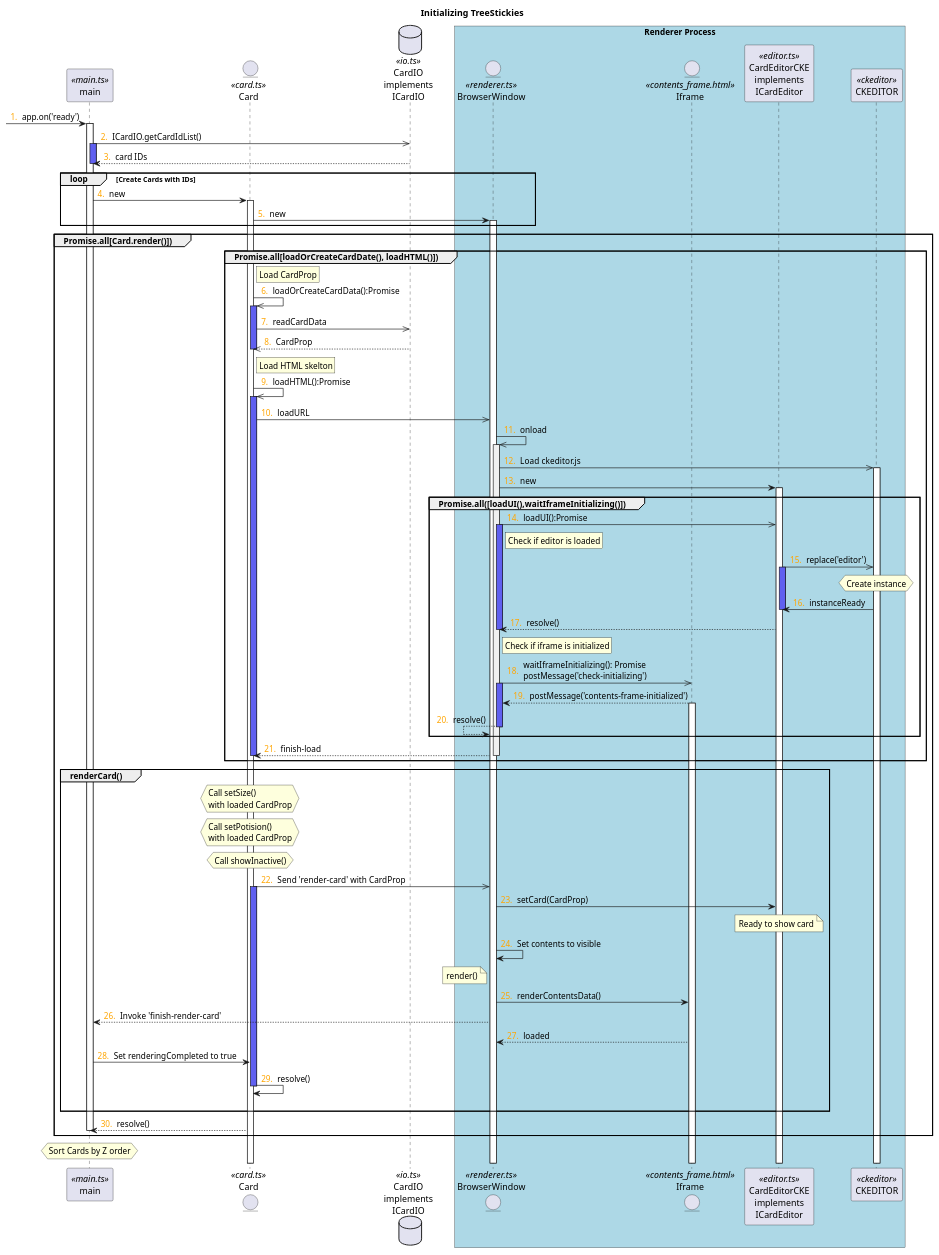
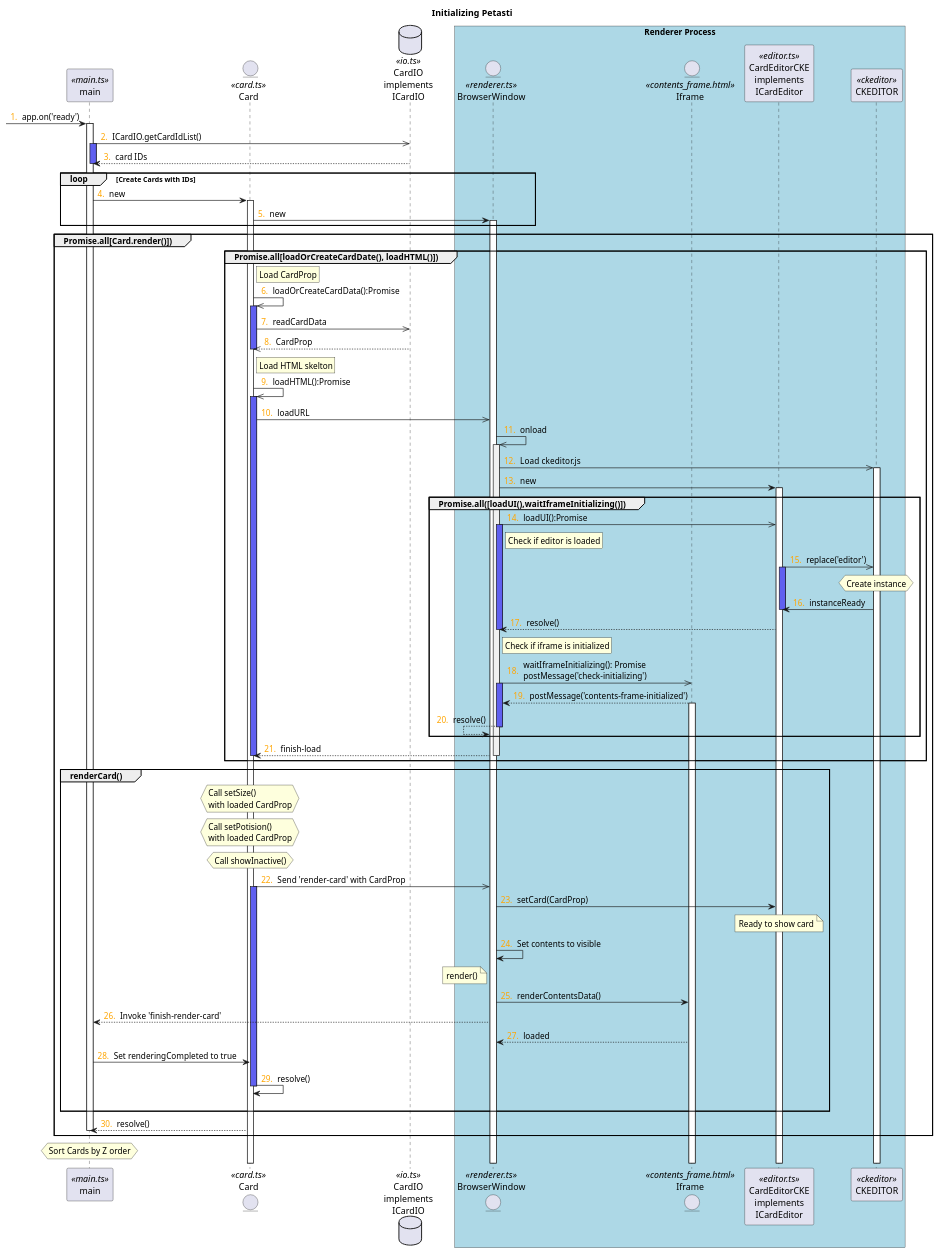
The diagram in doc/initializing.puml (sosuisen/petasti), drawn with PlantUML before and after one commit. The commit also changed 67 other files, not shown here.

Commit message:
fix: rename from tree-stickies to petasti

```diff
--- a/doc/initializing.puml
+++ b/doc/initializing.puml
@@ -2,103 +2,103 @@
 @startuml
-title Initializing TreeStickies
+title Initializing Petasti
 
 autonumber "<font color=orange>0. "
 participant main <<main.ts>> order 10
 entity Card <<card.ts>> order 20
 database ICardIO as "CardIO\nimplements\nICardIO" <<io.ts>> order 50
 box "Renderer Process" #LightBlue
   entity BrowserWindow <<renderer.ts>> order 100
   entity Iframe <<contents_frame.html>> order 101
   participant ICardEditor as "CardEditorCKE\nimplements\nICardEditor" <<editor.ts>> order 111
   participant CKEDITOR <<ckeditor>> order 112
 end box 
 
 [-> main: app.on('ready')
 activate main
 
 main ->>ICardIO: ICardIO.getCardIdList()
 activate main #6060f0
 main <-- ICardIO: card IDs
 deactivate main
 loop Create Cards with IDs
   main -> Card: new
   activate Card
   Card -> BrowserWindow: new
   activate BrowserWindow
 end
 
 group Promise.all[Card.render()])
   group Promise.all[loadOrCreateCardDate(), loadHTML()])
     activate main #6060f0  
     rnote Right Card: Load CardProp        
     Card ->> Card: loadOrCreateCardData():Promise
     activate Card  #6060f0
     Card ->> ICardIO: readCardData
     Card <<-- ICardIO: CardProp
 
     deactivate Card
 
     rnote Right Card: Load HTML skelton
     Card ->> Card: loadHTML():Promise
     activate Card  #6060f0
     Card ->> BrowserWindow: loadURL
 
 
     BrowserWindow ->> BrowserWindow: onload
       activate BrowserWindow #f0f0f0
       BrowserWindow ->> CKEDITOR: Load ckeditor.js
       activate CKEDITOR
       BrowserWindow -> ICardEditor: new
       activate ICardEditor
 
       group Promise.all([loadUI(),waitIframeInitializing()])    
         BrowserWindow ->> ICardEditor: loadUI():Promise
           rnote Right BrowserWindow: Check if editor is loaded
           activate BrowserWindow #6060f0
           ICardEditor ->> CKEDITOR: replace('editor')
             activate ICardEditor #6060f0
             hnote over CKEDITOR: Create instance
           ICardEditor <- CKEDITOR: instanceReady
           deactivate ICardEditor
         BrowserWindow <-- ICardEditor: resolve()
         deactivate BrowserWindow
         
         rnote Right BrowserWindow: Check if iframe is initialized
           BrowserWindow ->> Iframe: waitIframeInitializing(): Promise\npostMessage('check-initializing')
           activate BrowserWindow #6060f0          
           BrowserWindow <-- Iframe: postMessage('contents-frame-initialized')
           activate Iframe  
         BrowserWindow <-- BrowserWindow: resolve()      
         
         deactivate BrowserWindow
       end
 
       Card <-- BrowserWindow: finish-load
       deactivate BrowserWindow
     deactivate Card
   end
 
   group renderCard()
     hnote over Card: Call setSize()\nwith loaded CardProp
     hnote over Card: Call setPotision()\nwith loaded CardProp
     hnote over Card: Call showInactive()
     Card ->> BrowserWindow: Send 'render-card' with CardProp
     activate Card #6060f0
     BrowserWindow -> ICardEditor: setCard(CardProp)
     note over ICardEditor: Ready to show card
     BrowserWindow -> BrowserWindow: Set contents to visible
     note left BrowserWindow: render()
     BrowserWindow -> Iframe: renderContentsData()
     main <-- BrowserWindow: Invoke 'finish-render-card'    
     BrowserWindow <-- Iframe: loaded
     main -> Card: Set renderingCompleted to true
     Card -> Card: resolve()
     deactivate Card
     |||
   end
   main <-- Card: resolve()
   deactivate main
 end
 
 hnote over main: Sort Cards by Z order
 @enduml
```
